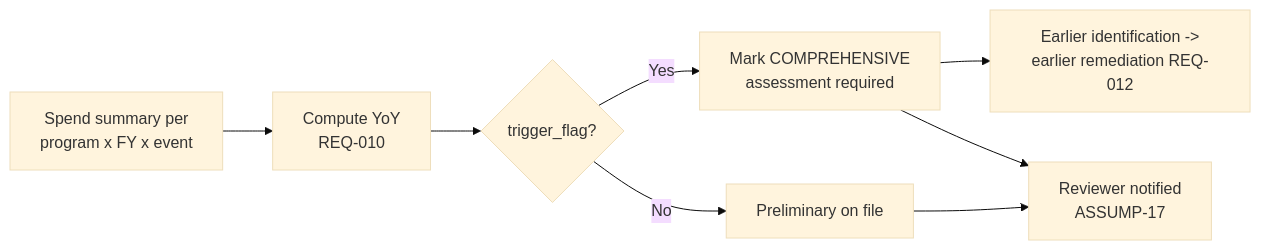
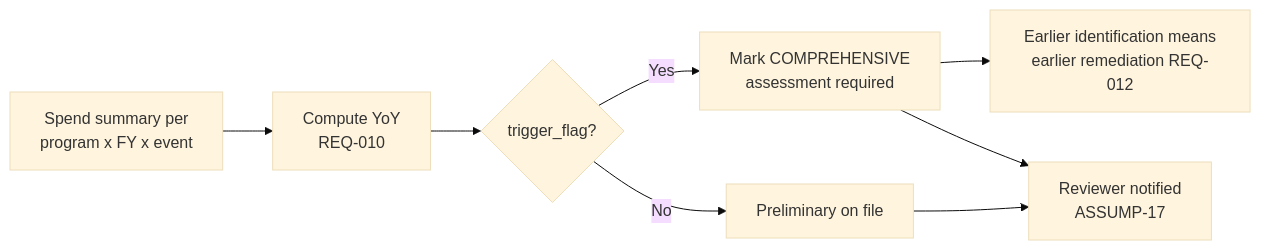
Before and after one commit to seanyofthedead/fema-id: the second of 2 diagrams in solution-design/fema-program-id-risk-assessment/10-risk-assessment-automation.md, drawn with Mermaid (base theme). The commit also changed other lines of this file and 6 other files, not shown here.

````diff
--- a/solution-design/fema-program-id-risk-assessment/10-risk-assessment-automation.md
+++ b/solution-design/fema-program-id-risk-assessment/10-risk-assessment-automation.md
@@ -124,10 +124,10 @@
 ```mermaid
 flowchart LR
     S[Spend summary per<br/>program x FY x event] --> V[Compute YoY<br/>REQ-010]
     V --> T{trigger_flag?}
     T -->|Yes| C[Mark COMPREHENSIVE<br/>assessment required]
     T -->|No| K[Preliminary on file]
-    C --> E[Earlier identification ->\nearlier remediation REQ-012]
+    C --> E[Earlier identification means<br/>earlier remediation REQ-012]
     C --> R[Reviewer notified<br/>ASSUMP-17]
     K --> R
 ```
````
